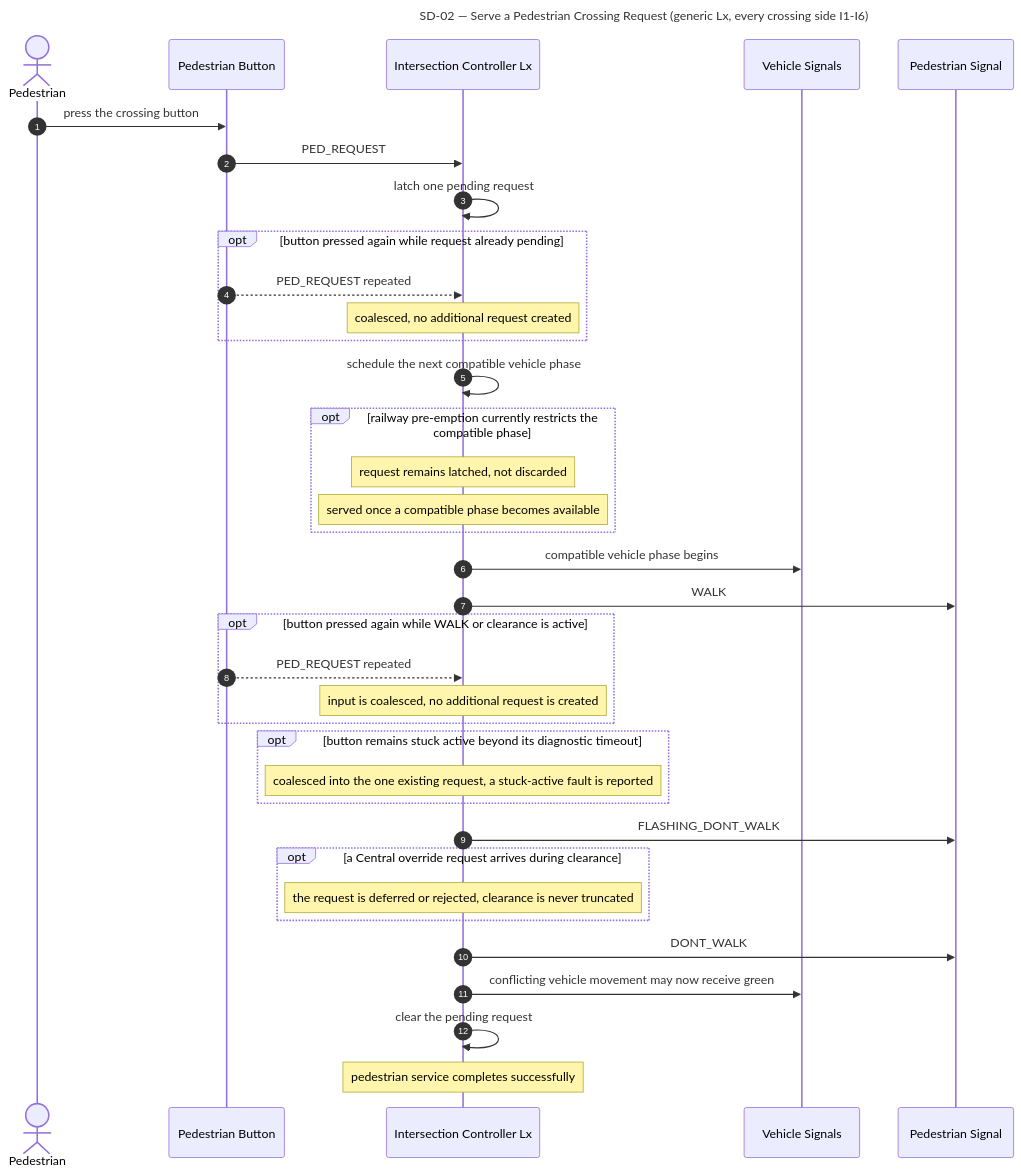
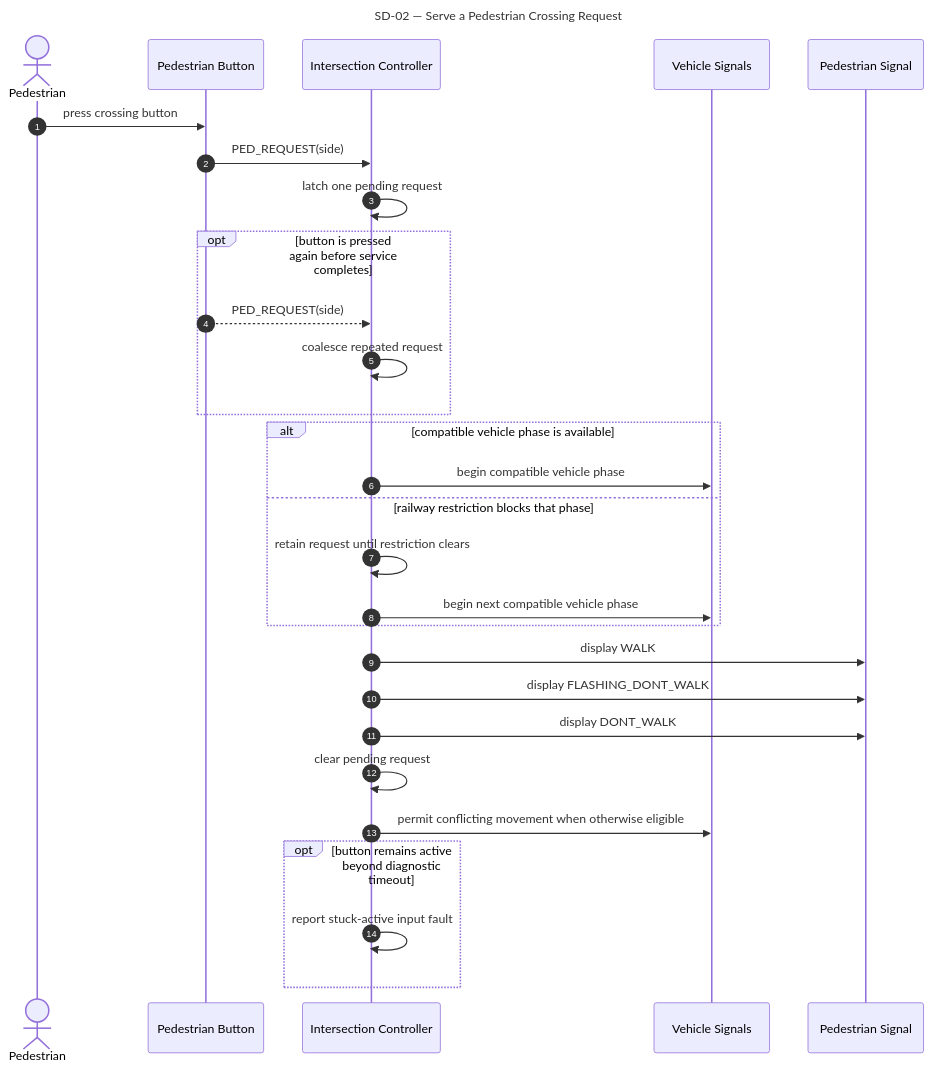
The second of 8 diagrams in SEQUENCE_DIAGRAMS.md (lucietran03/traffic-control-system), drawn with Mermaid before and after one commit. The commit also changed other lines of this file, not shown here.

Commit message:
Make sequence diagrams report-ready

````diff
--- a/SEQUENCE_DIAGRAMS.md
+++ b/SEQUENCE_DIAGRAMS.md
@@ -103,54 +60,41 @@
 ```mermaid
 ---
-title: SD-02 — Serve a Pedestrian Crossing Request (generic Lx, every crossing side I1-I6)
+title: SD-02 — Serve a Pedestrian Crossing Request
 ---
 sequenceDiagram
     accTitle: SD-02 Serve a Pedestrian Crossing Request
-    accDescr: Chronological flow of a pedestrian button press through the latched request, compatible-phase WALK service, and uninterruptible clearance sequence.
+    accDescr: A pedestrian request is latched, served with a compatible vehicle phase, and completed through the full pedestrian clearance sequence.
     autonumber
 
     actor P as Pedestrian
-    participant Btn as Pedestrian Button
-    participant Lx as Intersection Controller Lx
-    participant Sig as Vehicle Signals
-    participant PedSig as Pedestrian Signal
+    participant B as Pedestrian Button
+    participant Lx as Intersection Controller
+    participant VS as Vehicle Signals
+    participant PS as Pedestrian Signal
 
-    P->>Btn: press the crossing button
-    Btn->>Lx: PED_REQUEST
+    P->>B: press crossing button
+    B->>Lx: PED_REQUEST(side)
     Lx->>Lx: latch one pending request
 
-    opt button pressed again while request already pending
-        Btn-->>Lx: PED_REQUEST repeated
-        Note over Lx: coalesced, no additional request created
+    opt button is pressed again before service completes
+        B-->>Lx: PED_REQUEST(side)
+        Lx->>Lx: coalesce repeated request
     end
 
-    Lx->>Lx: schedule the next compatible vehicle phase
-
-    opt railway pre-emption currently restricts the compatible phase
-        Note over Lx: request remains latched, not discarded
-        Note over Lx: served once a compatible phase becomes available
+    alt compatible vehicle phase is available
+        Lx->>VS: begin compatible vehicle phase
+    else railway restriction blocks that phase
+        Lx->>Lx: retain request until restriction clears
+        Lx->>VS: begin next compatible vehicle phase
     end
 
-    Lx->>Sig: compatible vehicle phase begins
-    Lx->>PedSig: WALK
+    Lx->>PS: display WALK
+    Lx->>PS: display FLASHING_DONT_WALK
+    Lx->>PS: display DONT_WALK
+    Lx->>Lx: clear pending request
+    Lx->>VS: permit conflicting movement when otherwise eligible
 
-    opt button pressed again while WALK or clearance is active
-        Btn-->>Lx: PED_REQUEST repeated
-        Note over Lx: input is coalesced, no additional request is created
+    opt button remains active beyond diagnostic timeout
+        Lx->>Lx: report stuck-active input fault
     end
-
-    opt button remains stuck active beyond its diagnostic timeout
-        Note over Lx: coalesced into the one existing request, a stuck-active fault is reported
-    end
-
-    Lx->>PedSig: FLASHING_DONT_WALK
-
-    opt a Central override request arrives during clearance
-        Note over Lx: the request is deferred or rejected, clearance is never truncated
-    end
-
-    Lx->>PedSig: DONT_WALK
-    Lx->>Sig: conflicting vehicle movement may now receive green
-    Lx->>Lx: clear the pending request
-    Note over Lx: pedestrian service completes successfully
 ```
````
